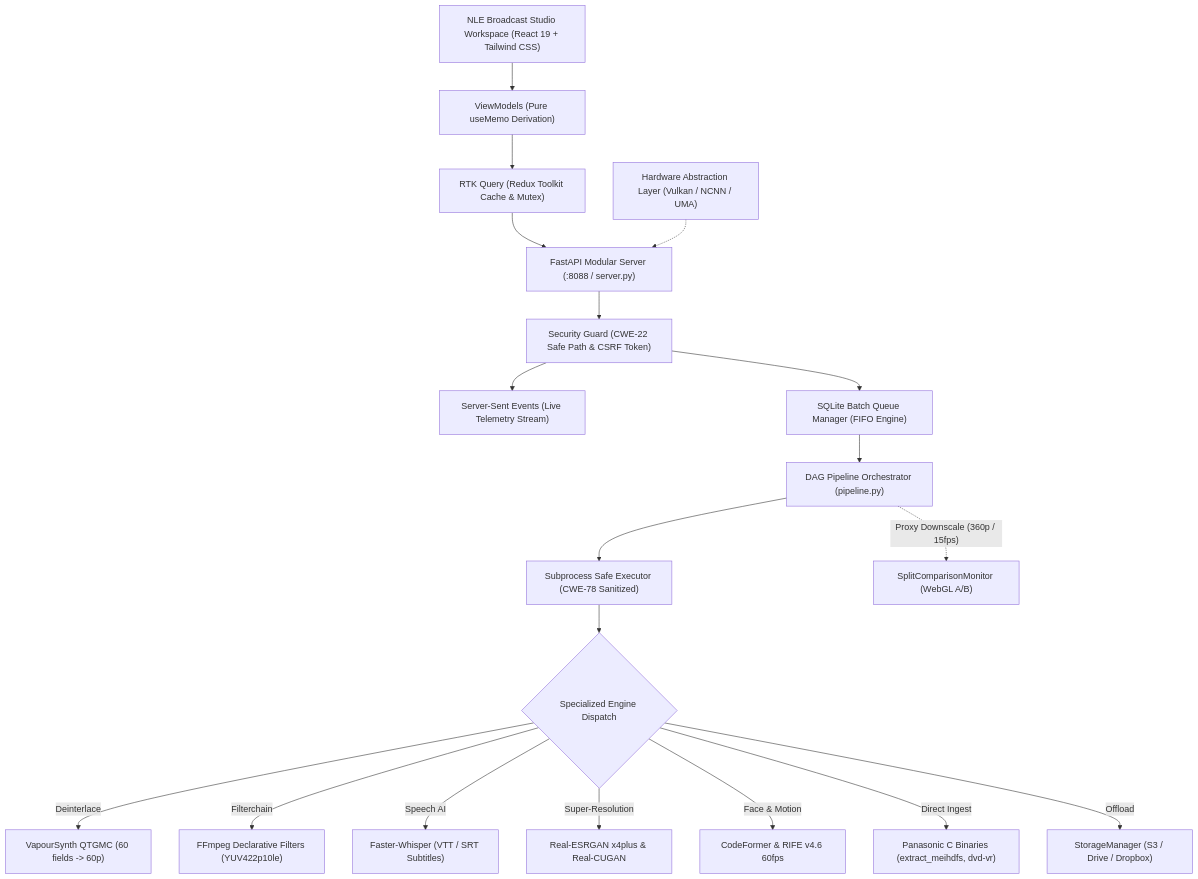
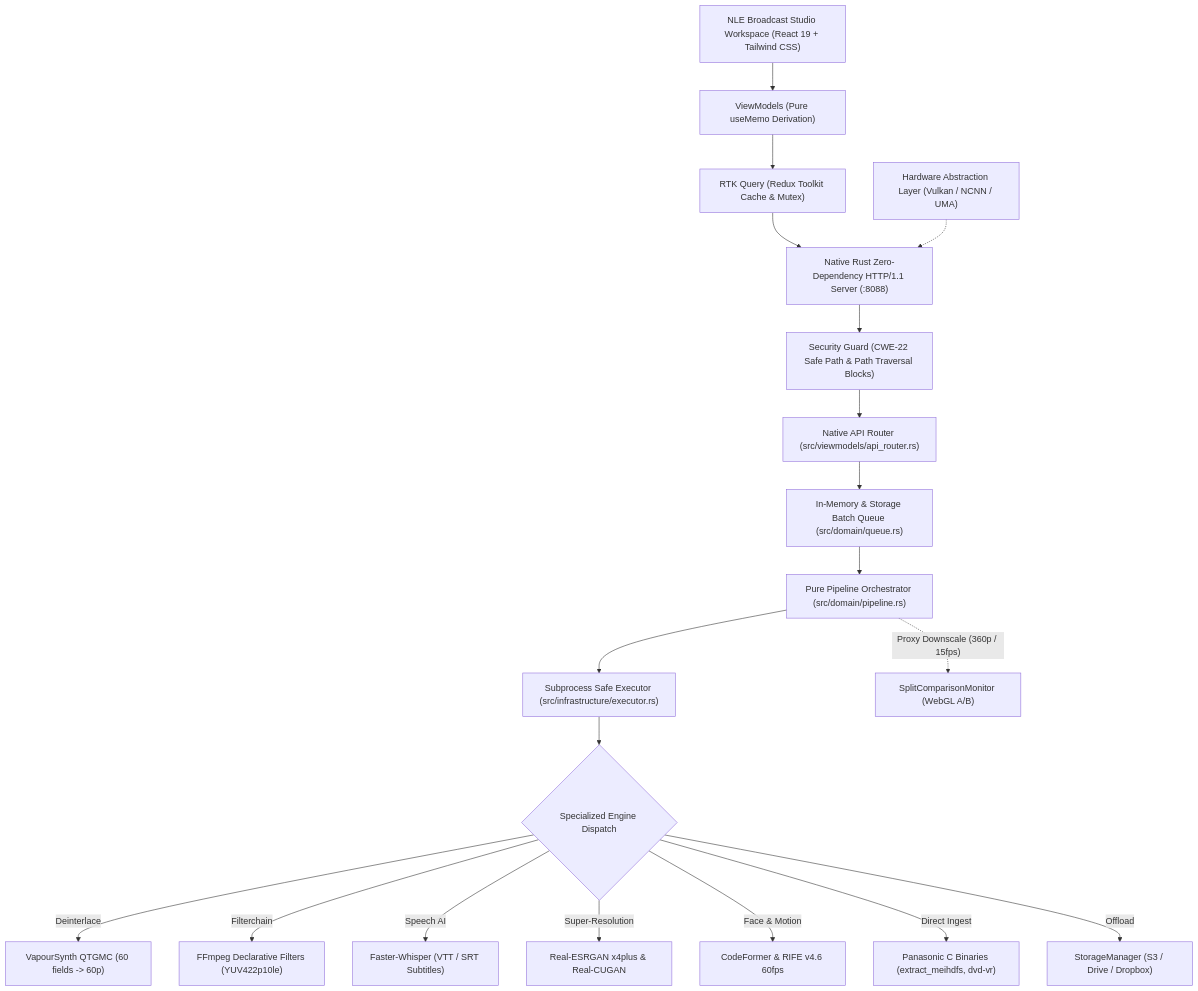
One commit to orgchrono/vhs-capture-scripts changed the first of 2 diagrams in docs/ARCHITECTURE.md. Above: the diagram before and after it, drawn with Mermaid. The commit also changed other lines of this file and 12 other files, not shown here.

Commit message:
docs: harmonize documentation with 100% native Rust architecture and enable browser auto-launch

````diff
--- a/docs/ARCHITECTURE.md
+++ b/docs/ARCHITECTURE.md
@@ -29,27 +29,27 @@
 ```mermaid
 flowchart TD
     UI["NLE Broadcast Studio Workspace (React 19 + Tailwind CSS)"] --> VM["ViewModels (Pure useMemo Derivation)"]
     VM --> RTK["RTK Query (Redux Toolkit Cache & Mutex)"]
     
-    RTK --> Server["FastAPI Modular Server (:8088 / server.py)"]
-    Server --> Security["Security Guard (CWE-22 Safe Path & CSRF Token)"]
+    RTK --> Server["Native Rust Zero-Dependency HTTP/1.1 Server (:8088)"]
+    Server --> Security["Security Guard (CWE-22 Safe Path & Path Traversal Blocks)"]
     
-    Security --> SSE["Server-Sent Events (Live Telemetry Stream)"]
-    Security --> Queue["SQLite Batch Queue Manager (FIFO Engine)"]
+    Security --> Router["Native API Router (src/viewmodels/api_router.rs)"]
+    Router --> Queue["In-Memory & Storage Batch Queue (src/domain/queue.rs)"]
     
-    Queue --> DAG["DAG Pipeline Orchestrator (pipeline.py)"]
-    DAG --> ProcMgr["Subprocess Safe Executor (CWE-78 Sanitized)"]
+    Queue --> DAG["Pure Pipeline Orchestrator (src/domain/pipeline.rs)"]
+    DAG --> ProcMgr["Subprocess Safe Executor (src/infrastructure/executor.rs)"]
     
     ProcMgr --> Engines{"Specialized Engine Dispatch"}
     
     Engines -->|"Deinterlace"| VapourSynth["VapourSynth QTGMC (60 fields -> 60p)"]
     Engines -->|"Filterchain"| FFmpeg["FFmpeg Declarative Filters (YUV422p10le)"]
     Engines -->|"Speech AI"| Whisper["Faster-Whisper (VTT / SRT Subtitles)"]
     Engines -->|"Super-Resolution"| Neural["Real-ESRGAN x4plus & Real-CUGAN"]
     Engines -->|"Face & Motion"| PostAI["CodeFormer & RIFE v4.6 60fps"]
     Engines -->|"Direct Ingest"| NativeC["Panasonic C Binaries (extract_meihdfs, dvd-vr)"]
     Engines -->|"Offload"| Storage["StorageManager (S3 / Drive / Dropbox)"]
     
     HAL["Hardware Abstraction Layer (Vulkan / NCNN / UMA)"] -.-> Server
     DAG -. "Proxy Downscale (360p / 15fps)" .-> ABMonitor["SplitComparisonMonitor (WebGL A/B)"]
 ```
````
